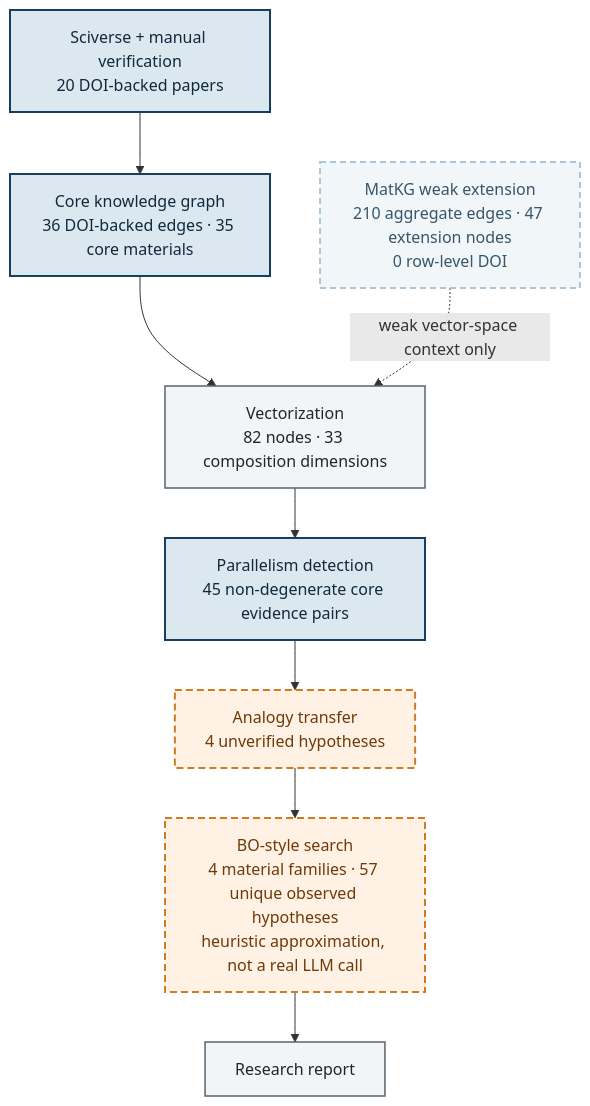
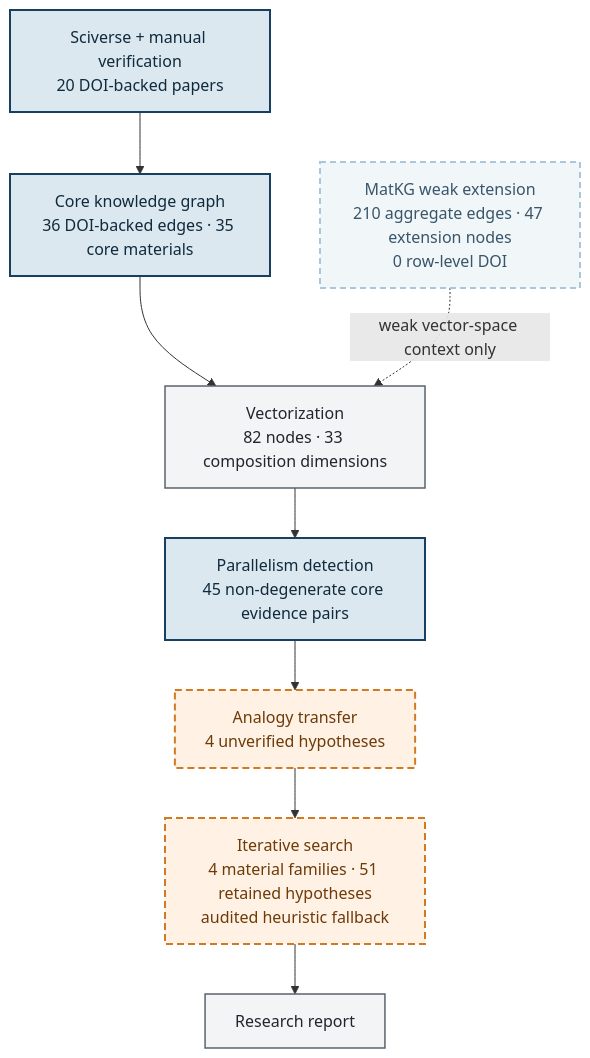
One commit to Dalaoyuan2020/goai-material-literature-agent changed the diagram in outputs/visualizations/01_pipeline_flow.md. Above: the diagram before and after it, drawn with Mermaid. The commit also changed 11 other files, not shown here.

````diff
--- a/outputs/visualizations/01_pipeline_flow.md
+++ b/outputs/visualizations/01_pipeline_flow.md
@@ -3,21 +3,21 @@
 ```mermaid
 flowchart TD
     A["Sciverse + manual verification<br/>20 DOI-backed papers"]:::core
     B["Core knowledge graph<br/>36 DOI-backed edges · 35 core materials"]:::core
     C["MatKG weak extension<br/>210 aggregate edges · 47 extension nodes<br/>0 row-level DOI"]:::weak
     D["Vectorization<br/>82 nodes · 33 composition dimensions"]:::method
     E["Parallelism detection<br/>45 non-degenerate core evidence pairs"]:::core
     F["Analogy transfer<br/>4 unverified hypotheses"]:::hypothesis
-    G["BO-style search<br/>4 material families · 57 unique observed hypotheses<br/>heuristic approximation, not a real LLM call"]:::hypothesis
+    G["Iterative search<br/>4 material families · 51 retained hypotheses<br/>audited heuristic fallback"]:::hypothesis
     H["Research report"]:::method
 
     A --> B
     B --> D
     C -. "weak vector-space context only" .-> D
     D --> E --> F --> G --> H
 
     classDef core fill:#DCE8F0,stroke:#173F5F,stroke-width:2px,color:#102A3C;
     classDef weak fill:#F1F6F9,stroke:#A9C6DA,stroke-width:2px,stroke-dasharray:6 4,color:#38556A;
     classDef method fill:#F3F4F5,stroke:#59636D,stroke-width:1.5px,color:#20262D;
     classDef hypothesis fill:#FFF2E5,stroke:#D17A22,stroke-width:2px,stroke-dasharray:7 4,color:#6E3A08;
 ```
````
